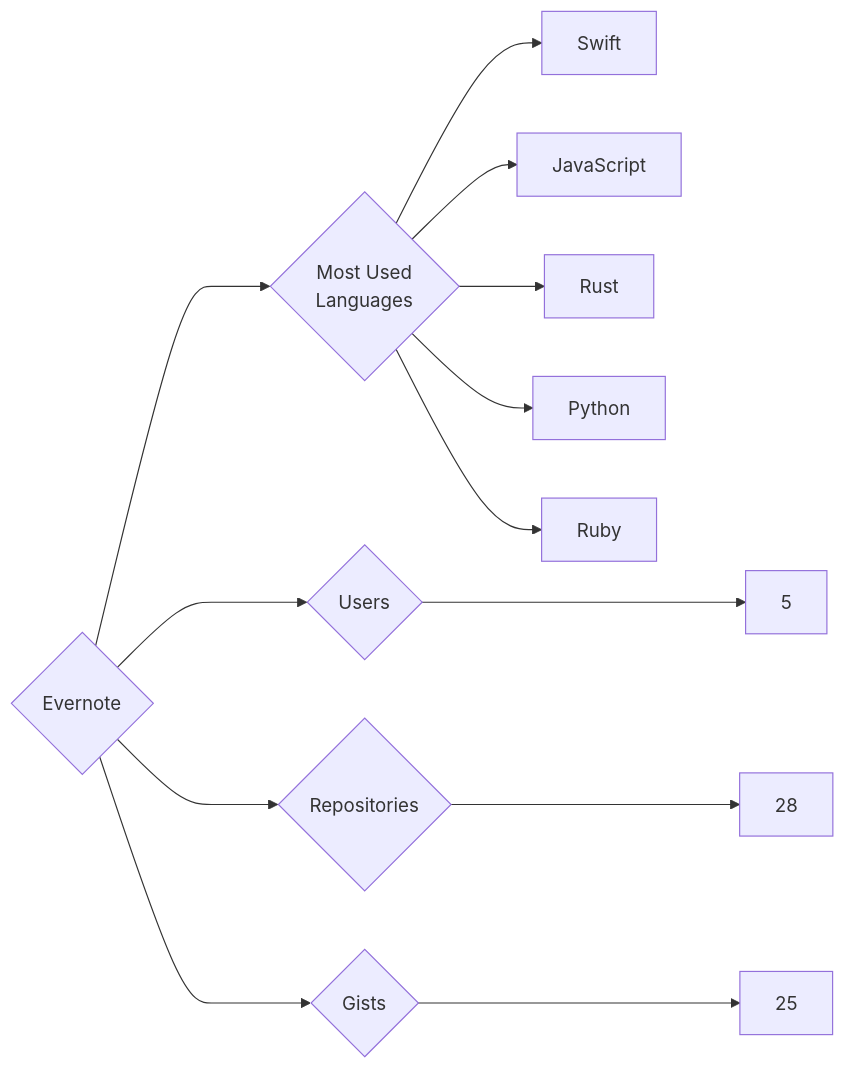
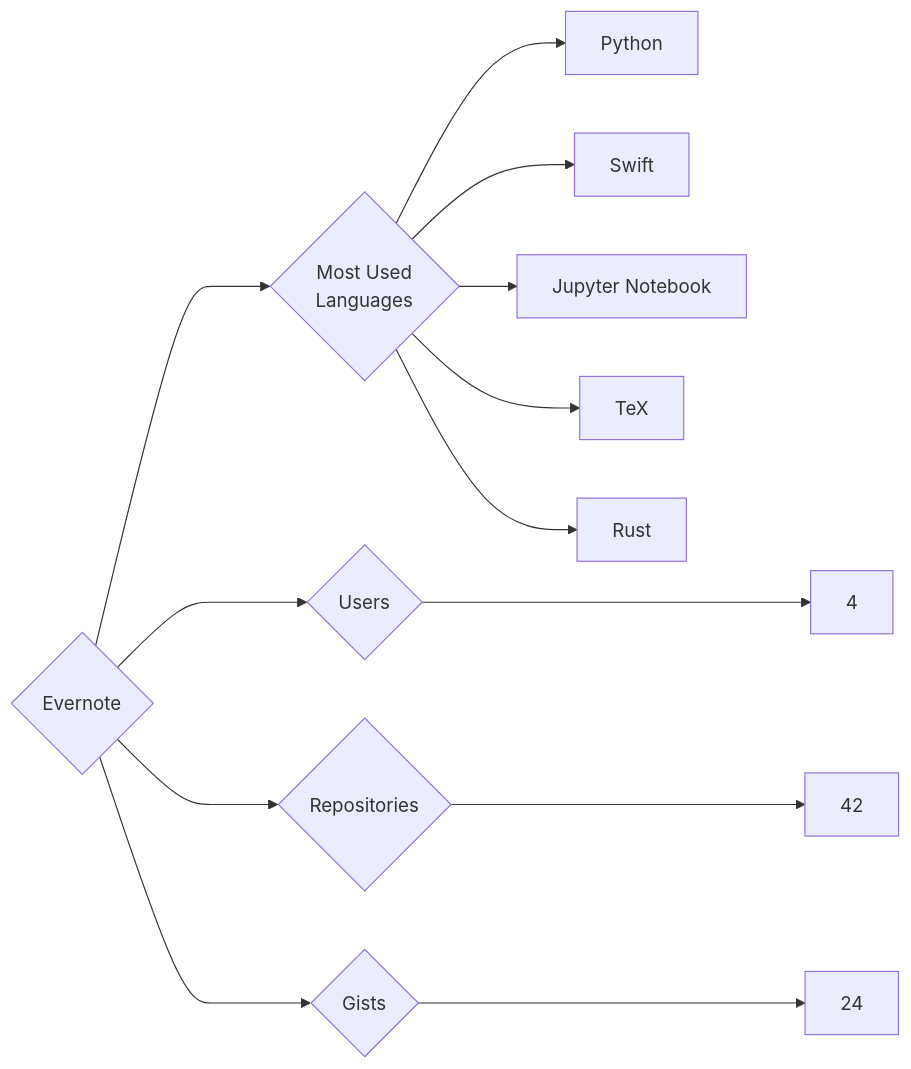
Before and after one commit to trickest/insiders: the diagram in targets/Evernote/README.md, drawn with Mermaid. The commit also changed 640 other files, not shown here.

````diff
--- a/targets/Evernote/README.md
+++ b/targets/Evernote/README.md
@@ -3,13 +3,13 @@
 ```mermaid
 graph LR
 COMPANY_NAME{Evernote}
-COMPANY_NAME ---> U{Users} ---> UN[5]
-COMPANY_NAME ---> R{Repositories} ---> RN[28]
-COMPANY_NAME ---> G{Gists} ---> GN[25]
+COMPANY_NAME ---> U{Users} ---> UN[4]
+COMPANY_NAME ---> R{Repositories} ---> RN[42]
+COMPANY_NAME ---> G{Gists} ---> GN[24]
 COMPANY_NAME ---> ML{Most Used<br>Languages}
+ML --> Python[Python]
 ML --> Swift[Swift]
-ML --> JavaScript[JavaScript]
+ML --> Jupyter_Notebook[Jupyter Notebook]
+ML --> TeX[TeX]
 ML --> Rust[Rust]
-ML --> Python[Python]
-ML --> Ruby[Ruby]
 ```
````
